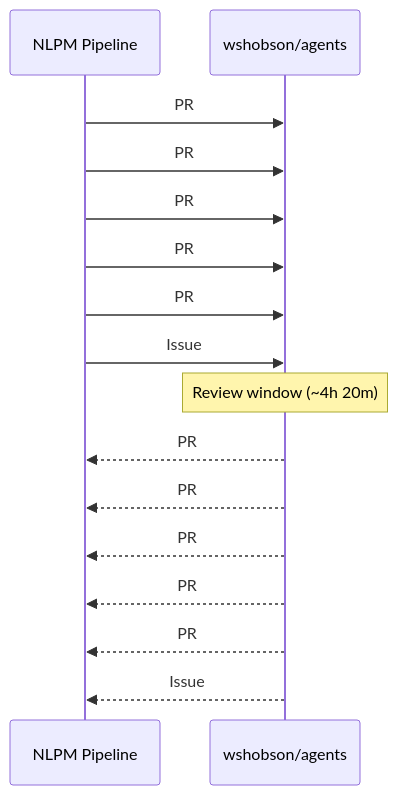
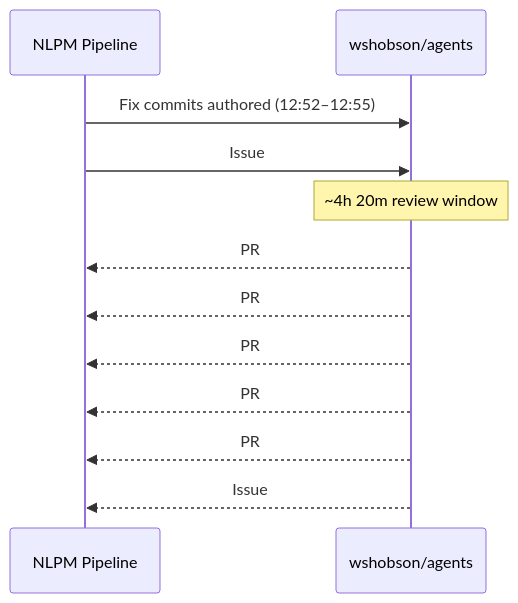
One commit to cgartlab/nlpm changed the third of 4 diagrams in case-studies/2026-04-22-wshobson-agents.md. Above: the diagram before and after it, drawn with Mermaid. The commit also changed other lines of this file and 2 other files, not shown here.

````diff
--- a/case-studies/2026-04-22-wshobson-agents.md
+++ b/case-studies/2026-04-22-wshobson-agents.md
@@ -95,19 +95,15 @@
 ```mermaid
 sequenceDiagram
     participant Pipeline as NLPM Pipeline
     participant Repo as wshobson/agents
 
-    Pipeline->>Repo: PR #488 — threat-modeling-expert frontmatter (12:52)
-    Pipeline->>Repo: PR #489 — meigen-ai-design name fields (12:53)
-    Pipeline->>Repo: PR #490 — codebase-cleanup frontmatter (12:53)
-    Pipeline->>Repo: PR #491 — error-diagnostics frontmatter (12:54)
-    Pipeline->>Repo: PR #492 — framework-migration + c4 frontmatter (12:55)
-    Pipeline->>Repo: Issue #493 opened — 19 bugs documented (12:55)
-    Note over Repo: Review window (~4h 20m)
+    Pipeline->>Repo: Fix commits authored (12:52–12:55)
+    Pipeline->>Repo: Issue #493 opened — 19 bugs documented (12:55:52)
+    Note over Repo: ~4h 20m review window
     Repo-->>Pipeline: PR #488 merged (17:15:22)
     Repo-->>Pipeline: PR #489 merged (17:15:24)
     Repo-->>Pipeline: PR #490 merged (17:15:28)
     Repo-->>Pipeline: PR #491 merged (17:15:32)
     Repo-->>Pipeline: PR #492 merged (17:15:34)
     Repo-->>Pipeline: Issue #493 closed (17:18:07)
 ```
````
